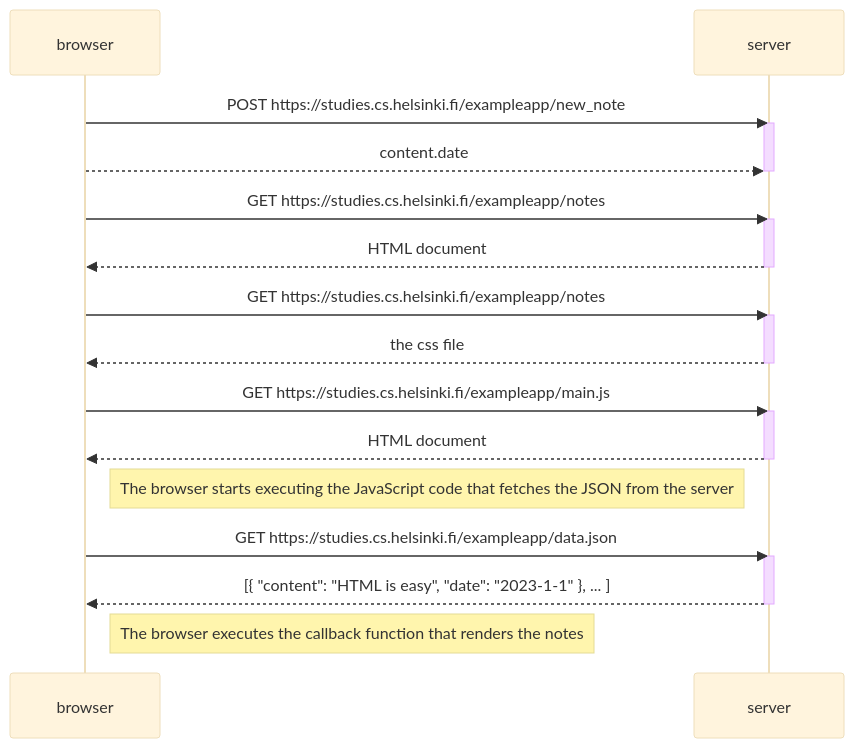
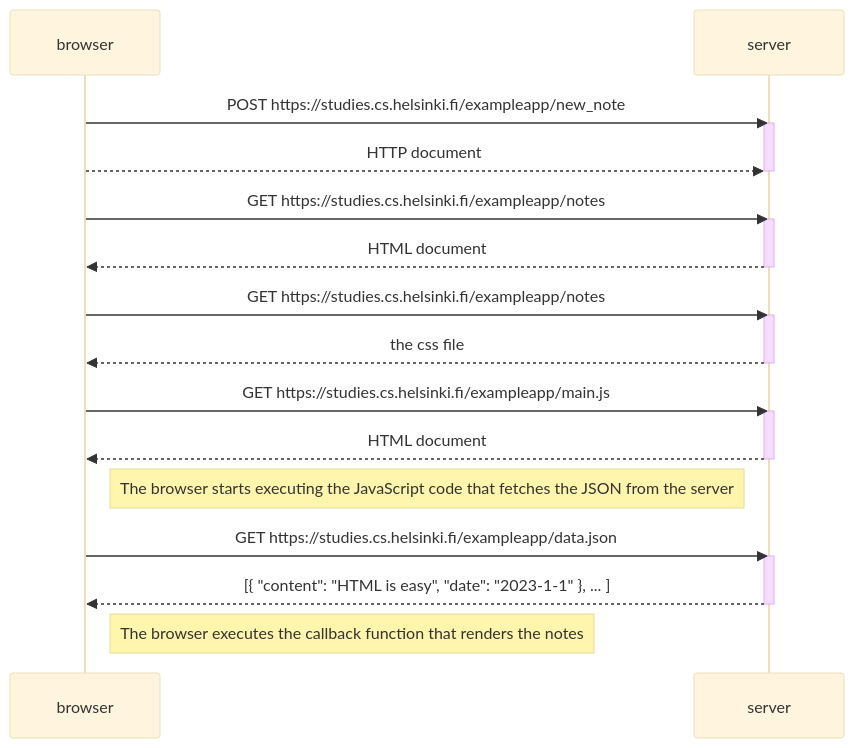
Before and after one commit to laaksoe9/hyfs_ela: the diagram in new_note.md, drawn with Mermaid (base theme).

````diff
--- a/new_note.md
+++ b/new_note.md
@@ -1,34 +1,34 @@
 ```mermaid
 sequenceDiagram
     participant browser
     participant server
     
     browser->>server: POST https://studies.cs.helsinki.fi/exampleapp/new_note
     activate server
-    browser-->>server: content.date
+    browser-->>server: HTTP document
     deactivate server
     
     browser->>server: GET https://studies.cs.helsinki.fi/exampleapp/notes
     activate server
     server-->>browser: HTML document
     deactivate server
 
     browser->>server: GET https://studies.cs.helsinki.fi/exampleapp/notes
     activate server
     server-->>browser: the css file
     deactivate server
     
     browser->>server: GET https://studies.cs.helsinki.fi/exampleapp/main.js
     activate server
     server-->>browser: HTML document
     deactivate server
     
     Note right of browser: The browser starts executing the JavaScript code that fetches the JSON from the server
     
     browser->>server: GET https://studies.cs.helsinki.fi/exampleapp/data.json
     activate server
     server-->>browser: [{ "content": "HTML is easy", "date": "2023-1-1" }, ... ]
     deactivate server    
 
     Note right of browser: The browser executes the callback function that renders the notes 
 ```
````
